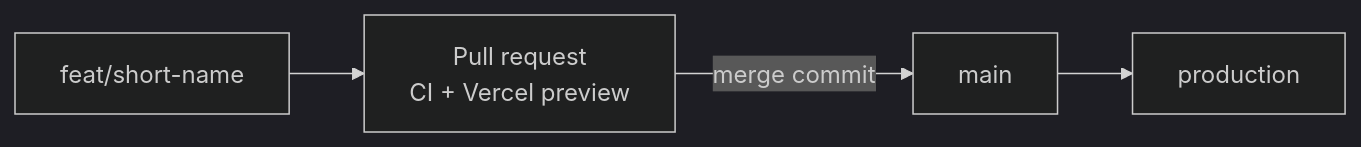
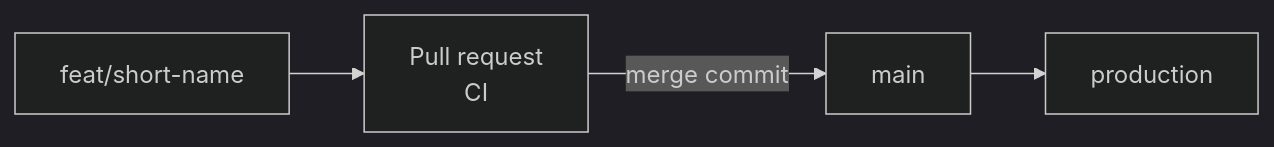
Before and after one commit to wends05/final-portfolio: the second of 2 diagrams in docs/sdlc.md, drawn with Mermaid (dark theme). The commit also changed other lines of this file and 5 other files, not shown here.

````diff
--- a/docs/sdlc.md
+++ b/docs/sdlc.md
@@ -43,5 +43,5 @@
 ```mermaid
 flowchart LR
-    Branch["feat/short-name"] --> PR["Pull request<br/>CI + Vercel preview"]
+    Branch["feat/short-name"] --> PR["Pull request<br/>CI"]
     PR -->|merge commit| Main["main"] --> Prod["production"]
 ```
````
